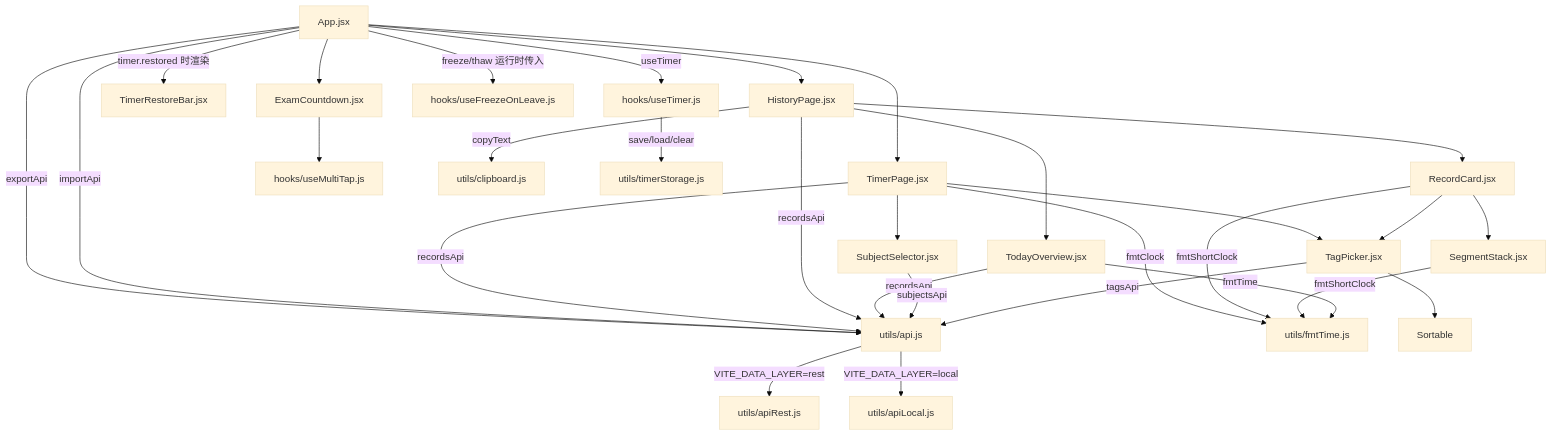
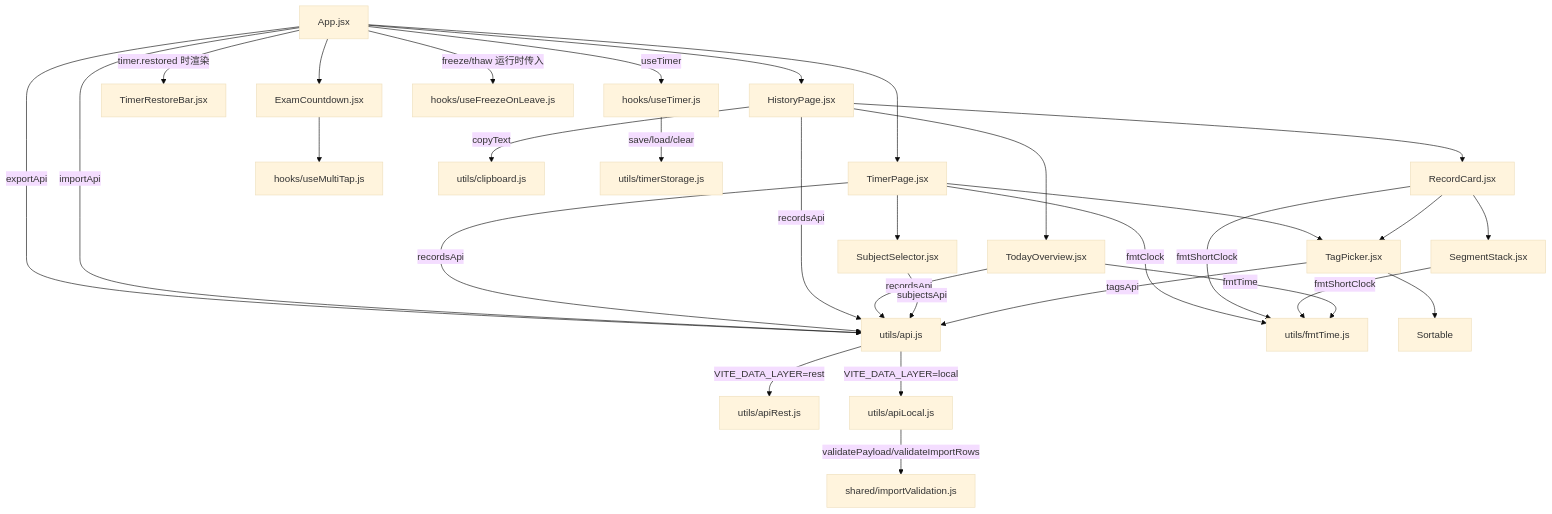
One commit to baobingwen/FOCUS changed the diagram in code/client/docs/CODE_STRUCTURE.md. Above: the diagram before and after it, drawn with Mermaid (base theme). The commit also changed other lines of this file and 18 other files, not shown here.

````diff
--- a/code/client/docs/CODE_STRUCTURE.md
+++ b/code/client/docs/CODE_STRUCTURE.md
@@ -9,65 +9,69 @@
 ```mermaid
 graph TD
     %% 组件
     App[App.jsx]
     TimerPage[TimerPage.jsx]
     HistoryPage[HistoryPage.jsx]
     RecordCard[RecordCard.jsx]
     SegmentStack[SegmentStack.jsx]
     SubjectSelector[SubjectSelector.jsx]
     TagPicker[TagPicker.jsx]
     TodayOverview[TodayOverview.jsx]
     ExamCountdown[ExamCountdown.jsx]
     TimerRestoreBar[TimerRestoreBar.jsx]
     %% hooks
     useTimer[hooks/useTimer.js]
     useFreeze[hooks/useFreezeOnLeave.js]
     useMultiTap[hooks/useMultiTap.js]
     %% utils
     api[utils/api.js]
     apiRest[utils/apiRest.js]
     apiLocal[utils/apiLocal.js]
+    importValidation[shared/importValidation.js]
     clipboard[utils/clipboard.js]
     fmtTime[utils/fmtTime.js]
     timerStorage[utils/timerStorage.js]
 
     App -->|useTimer| useTimer
     App -->|freeze/thaw 运行时传入| useFreeze
     App --> TimerPage
     App --> HistoryPage
     App --> ExamCountdown
     App -->|timer.restored 时渲染| TimerRestoreBar
     App -->|exportApi| api
     App -->|importApi| api
 
     useTimer -->|save/load/clear| timerStorage
 
     TimerPage --> SubjectSelector
     TimerPage --> TagPicker
     TimerPage -->|recordsApi| api
     TimerPage -->|fmtClock| fmtTime
 
     HistoryPage --> TodayOverview
     HistoryPage --> RecordCard
     HistoryPage -->|recordsApi| api
     HistoryPage -->|copyText| clipboard
 
     RecordCard --> TagPicker
     RecordCard --> SegmentStack
     RecordCard -->|fmtShortClock| fmtTime
 
     SegmentStack -->|fmtShortClock| fmtTime
 
     TodayOverview -->|recordsApi| api
     TodayOverview -->|fmtTime| fmtTime
 
     SubjectSelector -->|subjectsApi| api
     TagPicker -->|tagsApi| api
     TagPicker --> Sortable
 
     ExamCountdown --> useMultiTap
 
     %% 数据层分发：组件只依赖 api 统一入口
     api -->|VITE_DATA_LAYER=rest| apiRest
     api -->|VITE_DATA_LAYER=local| apiLocal
+
+    %% 共享校验：双版本共用（服务端 import.js 亦引用同一模块）
+    apiLocal -->|validatePayload/validateImportRows| importValidation
 ```
````
